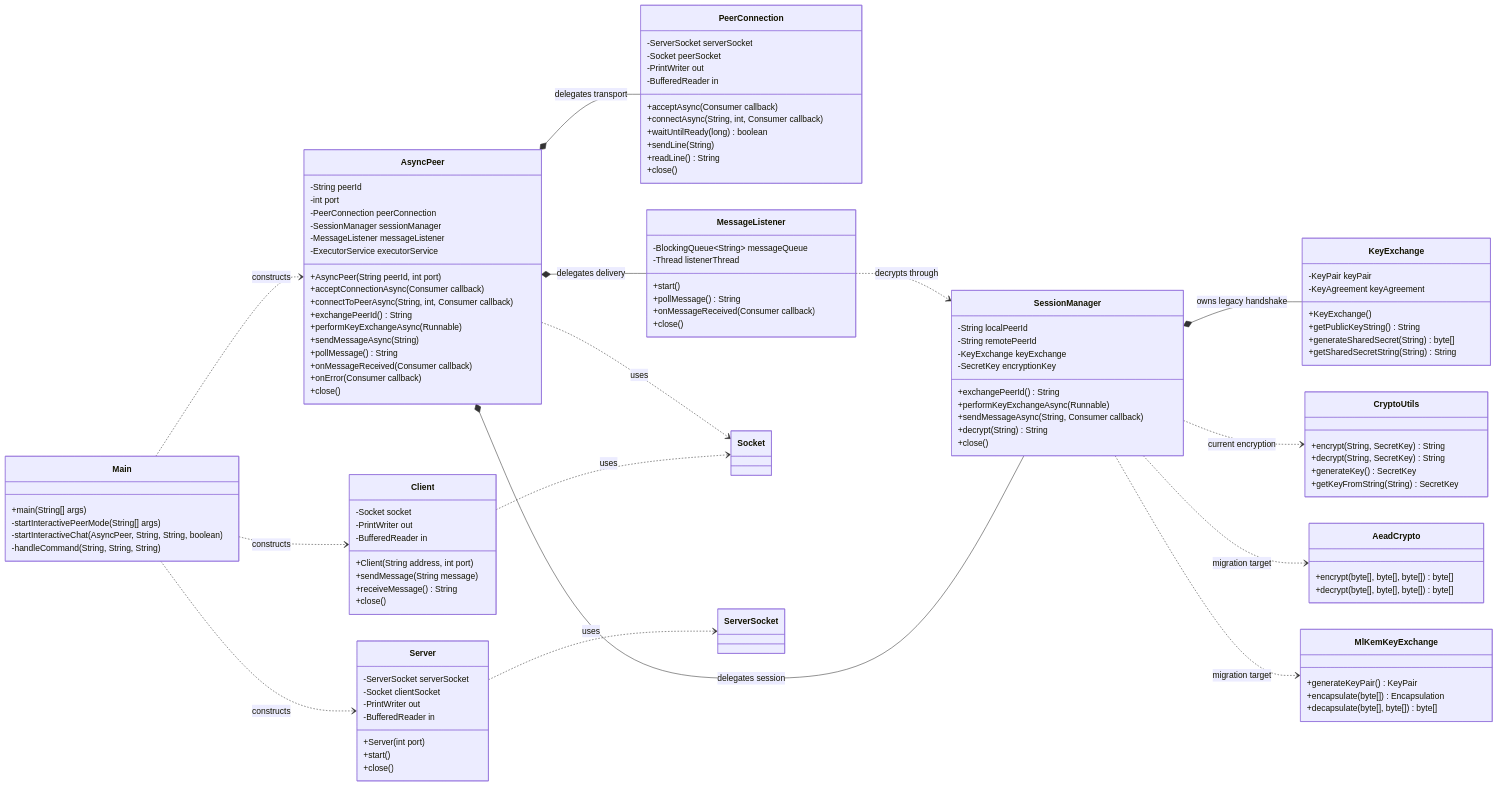
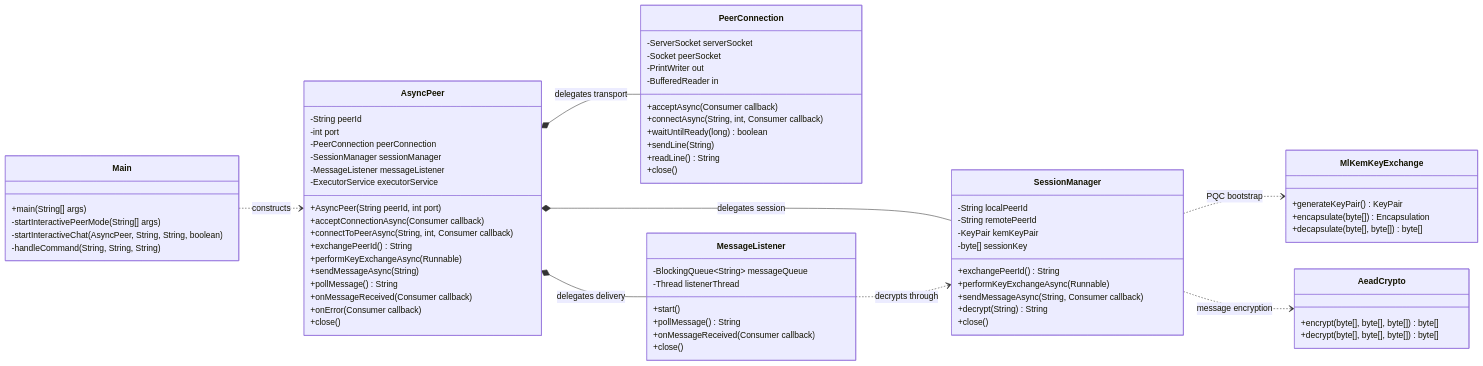
Before and after one commit to fl4nk3r-h/secureP2P-Java: the second of 5 diagrams in docs/module-level-design.md, drawn with Mermaid. The commit also changed other lines of this file, not shown here.

Commit message:
Refactor module-level design to remove legacy Client and Server classes, update responsibilities for AsyncPeer, and clarify crypto module ownership.

````diff
--- a/docs/module-level-design.md
+++ b/docs/module-level-design.md
@@ -78,26 +74,6 @@
         -startInteractivePeerMode(String[] args)
         -startInteractiveChat(AsyncPeer, String, String, boolean)
         -handleCommand(String, String, String)
-    }
-
-    class Client {
-        -Socket socket
-        -PrintWriter out
-        -BufferedReader in
-        +Client(String address, int port)
-        +sendMessage(String message)
-        +receiveMessage() String
-        +close()
-    }
-
-    class Server {
-        -ServerSocket serverSocket
-        -Socket clientSocket
-        -PrintWriter out
-        -BufferedReader in
-        +Server(int port)
-        +start()
-        +close()
     }
 
     class AsyncPeer {
@@ -135,8 +111,8 @@
     class SessionManager {
         -String localPeerId
         -String remotePeerId
-        -KeyExchange keyExchange
-        -SecretKey encryptionKey
+        -KeyPair kemKeyPair
+        -byte[] sessionKey
         +exchangePeerId() String
         +performKeyExchangeAsync(Runnable)
         +sendMessageAsync(String, Consumer callback)
@@ -153,22 +129,6 @@
         +close()
     }
 
-    class CryptoUtils {
-        +encrypt(String, SecretKey) String
-        +decrypt(String, SecretKey) String
-        +generateKey() SecretKey
-        +getKeyFromString(String) SecretKey
-    }
-
-    class KeyExchange {
-        -KeyPair keyPair
-        -KeyAgreement keyAgreement
-        +KeyExchange()
-        +getPublicKeyString() String
-        +generateSharedSecret(String) byte[]
-        +getSharedSecretString(String) String
-    }
-
     class AeadCrypto {
         +encrypt(byte[], byte[], byte[]) byte[]
         +decrypt(byte[], byte[], byte[]) byte[]
@@ -180,18 +140,11 @@
         +decapsulate(byte[], byte[]) byte[]
     }
 
-    Main ..> Client : constructs
-    Main ..> Server : constructs
     Main ..> AsyncPeer : constructs
     AsyncPeer *-- PeerConnection : delegates transport
     AsyncPeer *-- SessionManager : delegates session
     AsyncPeer *-- MessageListener : delegates delivery
-    SessionManager *-- KeyExchange : owns legacy handshake
-    SessionManager ..> CryptoUtils : current encryption
+    SessionManager ..> MlKemKeyExchange : PQC bootstrap
+    SessionManager ..> AeadCrypto : message encryption
     MessageListener ..> SessionManager : decrypts through
-    SessionManager ..> AeadCrypto : migration target
-    SessionManager ..> MlKemKeyExchange : migration target
-    Client ..> Socket : uses
-    Server ..> ServerSocket : uses
-    AsyncPeer ..> Socket : uses
 ```
````
